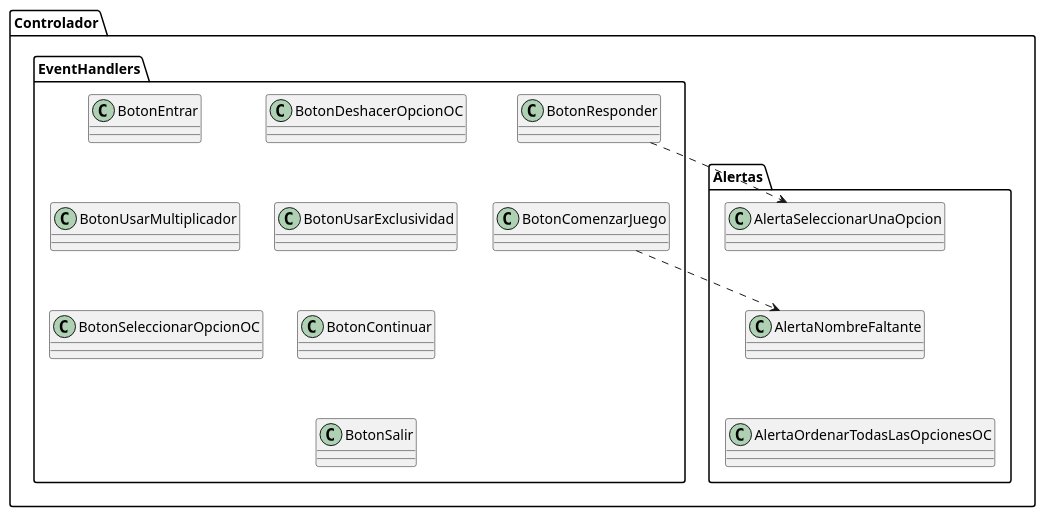
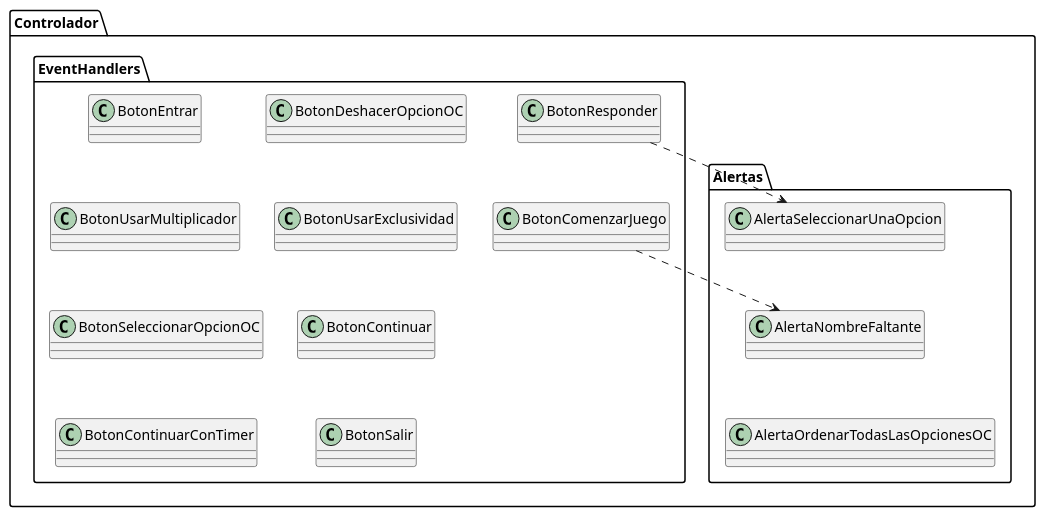
The diagram in Documentacion/Diagramas de Clases/Diagrama de Clases Controladores.puml (gcc-cdimatteo/Algoritmos-y-Programacion-III-75.07), drawn with PlantUML before and after one commit. The commit also changed 2 other files, not shown here.

Commit message:
uml: actualizando

```diff
--- a/Documentacion/Diagramas de Clases/Diagrama de Clases Controladores.puml
+++ b/Documentacion/Diagramas de Clases/Diagrama de Clases Controladores.puml
@@ -1,50 +1,52 @@
 @startuml
 skinparam classAttributeIconSize 0
 
 package Controlador {
 
     package Alertas {
         class AlertaNombreFaltante
         class AlertaOrdenarTodasLasOpcionesOC
         class AlertaSeleccionarUnaOpcion
     }
 
     package EventHandlers {
         class BotonComenzarJuego
         class BotonContinuar
+        class BotonContinuarConTimer
         class BotonDeshacerOpcionOC
         class BotonEntrar
         class BotonResponder
         class BotonSalir
         class BotonSeleccionarOpcionOC
         class BotonUsarExclusividad
         class BotonUsarMultiplicador
     }
 
 }
 
 'Ordenamiento De Cuadrados
 AlertaOrdenarTodasLasOpcionesOC -up[hidden]-> AlertaNombreFaltante
 AlertaNombreFaltante -up[hidden]-> AlertaSeleccionarUnaOpcion
 BotonContinuar -[hidden]-> BotonSalir
 BotonDeshacerOpcionOC -[hidden]-> BotonUsarExclusividad
 BotonEntrar -[hidden]-> BotonUsarMultiplicador
 BotonUsarMultiplicador -[hidden]-> BotonSeleccionarOpcionOC
 BotonUsarExclusividad -[hidden]-> BotonContinuar
 BotonResponder -[hidden]-> BotonComenzarJuego
+BotonSeleccionarOpcionOC -[hidden]-> BotonContinuarConTimer
 
 'Herencia --|> cumple la relación 'es un'
 
 'Asociacion --> un objeto guarda a otro
 
 'Agregacion --o un objeto esta compuesto por otro pero no lo necesita para vivir
 
 'Composicion --* un objeto es dueño de otro
 
 'Dependencia ..> un objeto utiliza a otro porque lo recibe/devuelve
 BotonComenzarJuego .right.> AlertaNombreFaltante
 BotonResponder ..> AlertaSeleccionarUnaOpcion
 
 'Interfaces ..|> colección de declaraciones de métodos sin implemetnar
 
 @enduml
```
